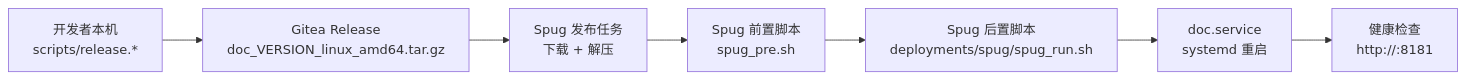
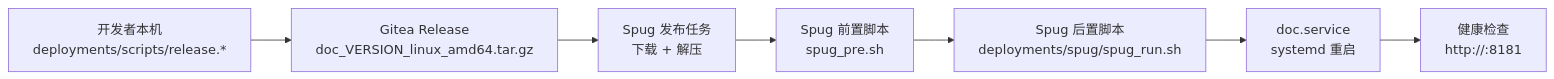
Before and after one commit to astrueus/doc: the diagram in docs/deploy-spug/deploy-spug-local.md, drawn with Mermaid. The commit also changed other lines of this file and 39 other files, not shown here.

First line of the commit message:
chore(r5): 将 scripts 迁入 deployments 并补齐测试入口

````diff
--- a/docs/deploy-spug/deploy-spug-local.md
+++ b/docs/deploy-spug/deploy-spug-local.md
@@ -15,9 +15,9 @@
 ```mermaid
 flowchart LR
-    A[开发者本机<br/>scripts/release.*] --> B[Gitea Release<br/>doc_VERSION_linux_amd64.tar.gz]
+    A[开发者本机<br/>deployments/scripts/release.*] --> B[Gitea Release<br/>doc_VERSION_linux_amd64.tar.gz]
     B --> C[Spug 发布任务<br/>下载 + 解压]
     C --> D[Spug 前置脚本<br/>spug_pre.sh]
     D --> E[Spug 后置脚本<br/>deployments/spug/spug_run.sh]
     E --> F[doc.service<br/>systemd 重启]
     F --> G[健康检查<br/>http://:8181]
 ```
````
